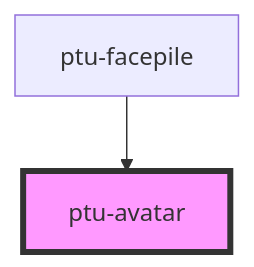
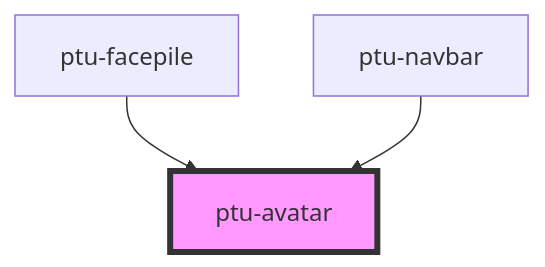
Before and after one commit to ptenu/elements: the diagram in src/components/ptu-avatar/readme.md, drawn with Mermaid. The commit also changed other lines of this file and 31 other files, not shown here.

````diff
--- a/src/components/ptu-avatar/readme.md
+++ b/src/components/ptu-avatar/readme.md
@@ -23,5 +24,6 @@
 ```mermaid
 graph TD;
   ptu-facepile --> ptu-avatar
+  ptu-navbar --> ptu-avatar
   style ptu-avatar fill:#f9f,stroke:#333,stroke-width:4px
 ```
````
